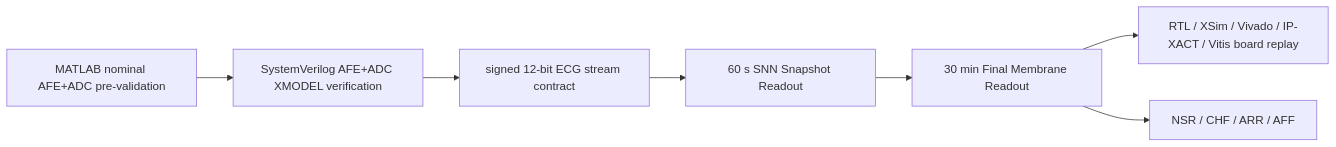
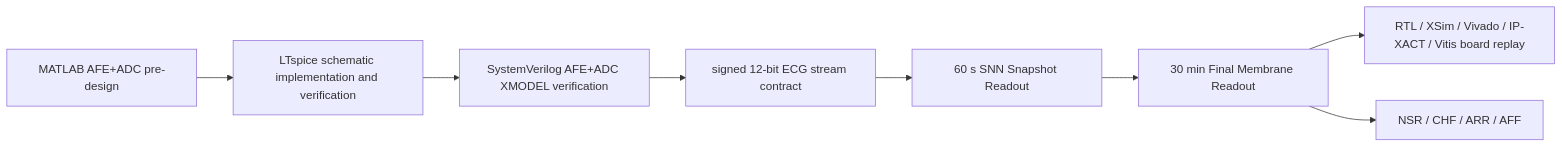
One commit to Sheep-gun/ECG-SoC-Integrated changed the diagram in README.md. Above: the diagram before and after it, drawn with Mermaid. The commit also changed other lines of this file and 212 other files, not shown here.

Commit message:
Document MATLAB LTspice XMODEL analog validation

````diff
--- a/README.md
+++ b/README.md
@@ -13,9 +15,10 @@
 ```mermaid
 flowchart LR
-    A["MATLAB nominal AFE+ADC pre-validation"] --> B["SystemVerilog AFE+ADC XMODEL verification"]
-    B --> C["signed 12-bit ECG stream contract"]
-    C --> D["60 s SNN Snapshot Readout"]
-    D --> E["30 min Final Membrane Readout"]
-    E --> F["RTL / XSim / Vivado / IP-XACT / Vitis board replay"]
-    E --> G["NSR / CHF / ARR / AFF"]
+    A["MATLAB AFE+ADC pre-design"] --> B["LTspice schematic implementation and verification"]
+    B --> C["SystemVerilog AFE+ADC XMODEL verification"]
+    C --> D["signed 12-bit ECG stream contract"]
+    D --> E["60 s SNN Snapshot Readout"]
+    E --> F["30 min Final Membrane Readout"]
+    F --> G["RTL / XSim / Vivado / IP-XACT / Vitis board replay"]
+    F --> H["NSR / CHF / ARR / AFF"]
 ```
````
